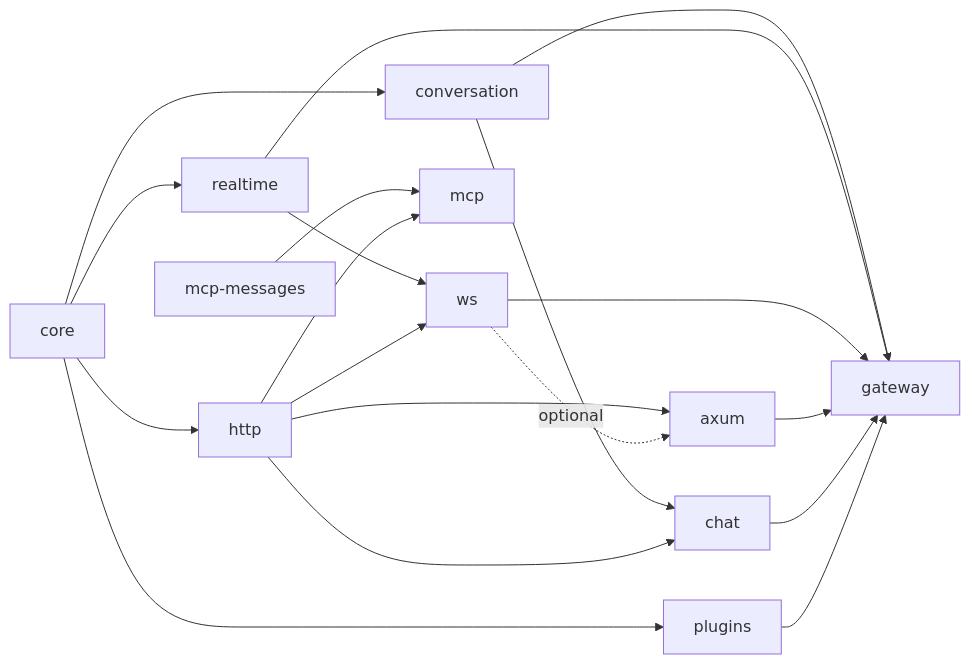
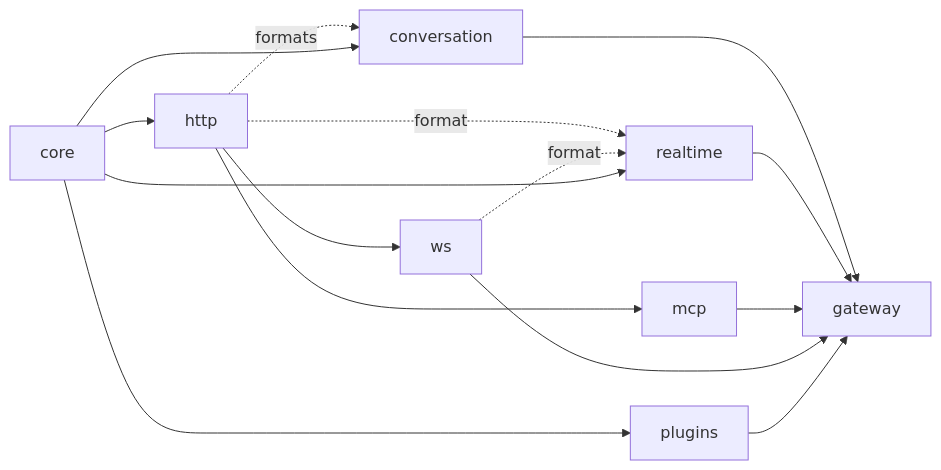
The diagram in docs/ARCHITECTURE.md (Davidson3556/respan-gateway), drawn with Mermaid before and after one commit. The commit also changed other lines of this file and 256 other files, not shown here.

````diff
--- a/docs/ARCHITECTURE.md
+++ b/docs/ARCHITECTURE.md
@@ -27,21 +38,17 @@
 ```mermaid
 flowchart LR
-    core --> conversation
-    conversation --> chat
-    conversation --> gateway
-    core --> realtime
-    realtime --> ws
-    mcp_messages[mcp-messages] --> mcp
     core --> http
     core --> plugins
-    http --> chat
+    http --> ws
+    http -. formats .-> conversation
+    http -. format .-> realtime
+    ws -. format .-> realtime
     http --> mcp
-    http --> ws
-    http --> axum
-    ws -. optional .-> axum
+    core --> conversation
+    core --> realtime
+    conversation --> gateway
     realtime --> gateway
+    mcp --> gateway
     ws --> gateway
-    axum --> gateway
-    chat --> gateway
     plugins --> gateway
 ```
````
